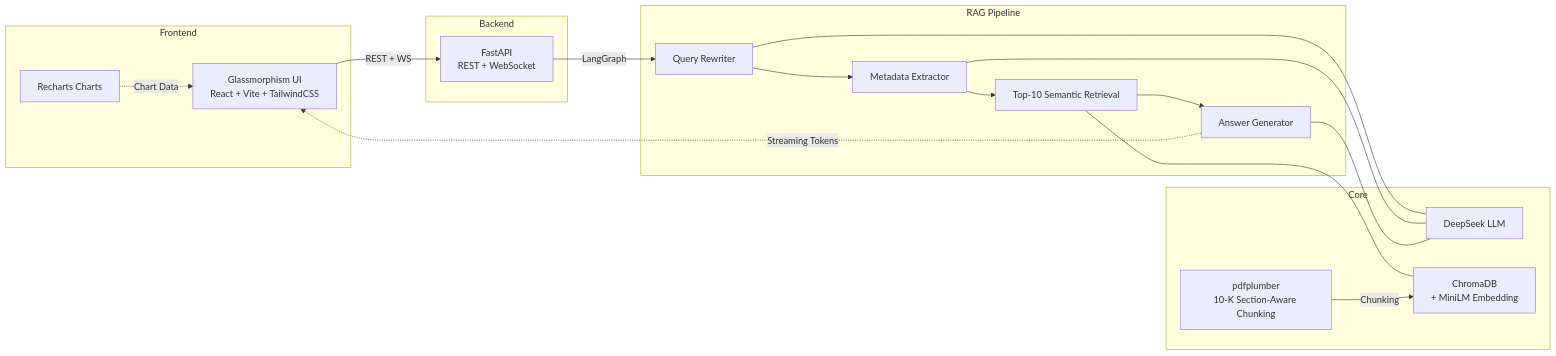
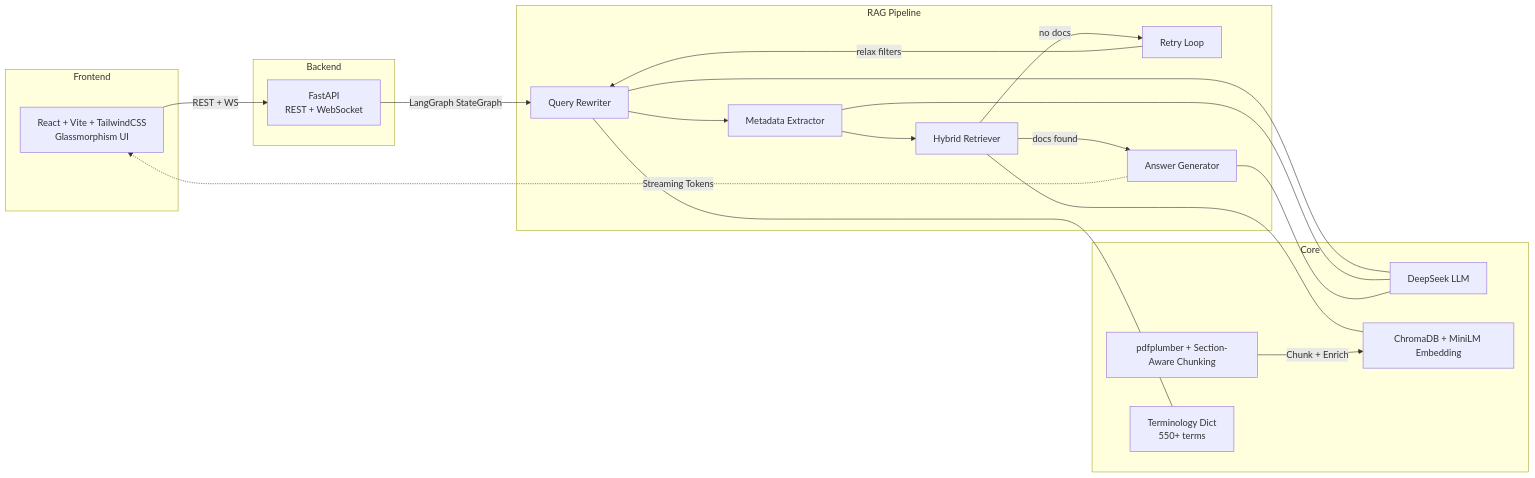
Before and after one commit to yuangxin/FIN-RAG: the diagram in README.md, drawn with Mermaid. The commit also changed other lines of this file and 18 other files, not shown here.

````diff
--- a/README.md
+++ b/README.md
@@ -30,33 +30,34 @@
 ```mermaid
 graph LR
     subgraph Frontend
-        UI[Glassmorphism UI<br/>React + Vite + TailwindCSS]
-        CHART[Recharts Charts]
+        UI[React + Vite + TailwindCSS<br/>Glassmorphism UI]
     end
 
     subgraph Backend
         API[FastAPI<br/>REST + WebSocket]
     end
 
     subgraph RAG Pipeline
         QR[Query Rewriter] --> ME[Metadata Extractor]
-        ME --> RET[Top-10 Semantic Retrieval]
-        RET --> AG[Answer Generator]
+        ME --> RET[Hybrid Retriever]
+        RET -->|no docs| RETRY[Retry Loop]
+        RETRY -->|relax filters| QR
+        RET -->|docs found| AG[Answer Generator]
     end
 
     subgraph Core
         LLM[DeepSeek LLM]
-        VS[ChromaDB<br/>+ MiniLM Embedding]
-        PDF[pdfplumber<br/>10-K Section-Aware Chunking]
+        VS[ChromaDB + MiniLM Embedding]
+        PDF[pdfplumber + Section-Aware Chunking]
+        TERM[Terminology Dict<br/>550+ terms]
     end
 
     UI -->|REST + WS| API
-    API -->|LangGraph| QR
+    API -->|LangGraph StateGraph| QR
     AG -.->|Streaming Tokens| UI
-    CHART -.->|Chart Data| UI
-    QR --- LLM
+    QR --- LLM & TERM
     RET --- VS
     ME --- LLM
     AG --- LLM
-    PDF -->|Chunking| VS
+    PDF -->|Chunk + Enrich| VS
 ```
````
